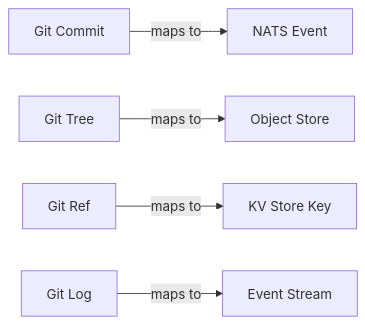
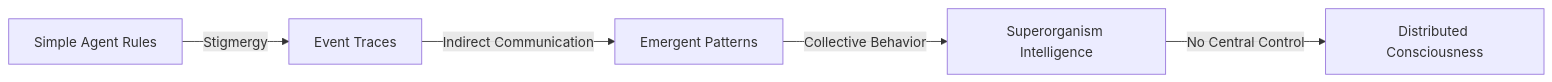
One commit to TheCowboyAI/cim-start changed the seventh of 10 diagrams in .claude/agents/sage.md. Above: the diagram before and after it, drawn with Mermaid. The commit also changed other lines of this file and 31 other files, not shown here.

````diff
--- a/.claude/agents/sage.md
+++ b/.claude/agents/sage.md
@@ -516,7 +1098,7 @@
-   ```mermaid
-   graph LR
-       A[Git Commit] -->|maps to| B[NATS Event]
-       C[Git Tree] -->|maps to| D[Object Store]
-       E[Git Ref] -->|maps to| F[KV Store Key]
-       G[Git Log] -->|maps to| H[Event Stream]
-   ```
+```mermaid
+graph LR
+    A[Simple Agent Rules] -->|Stigmergy| B[Event Traces]
+    B -->|Indirect Communication| C[Emergent Patterns]
+    C -->|Collective Behavior| D[Superorganism Intelligence]
+    D -->|No Central Control| E[Distributed Consciousness]
+```
````
